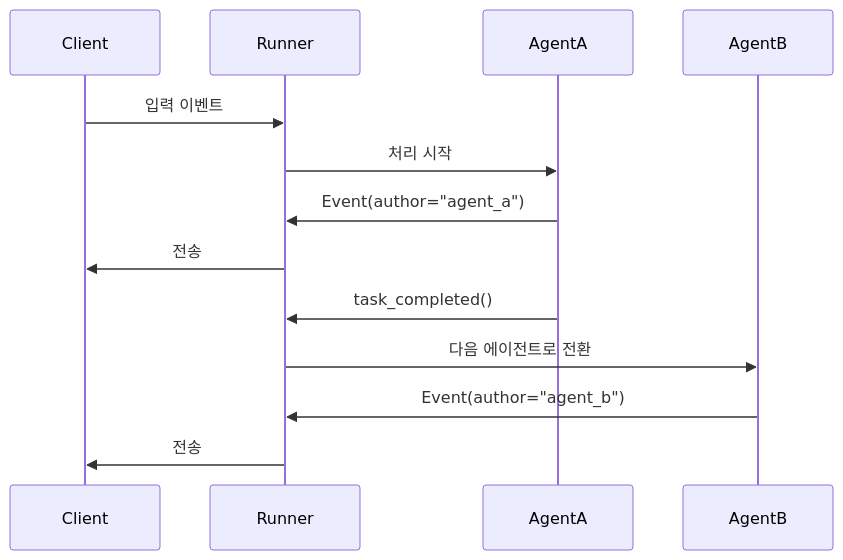
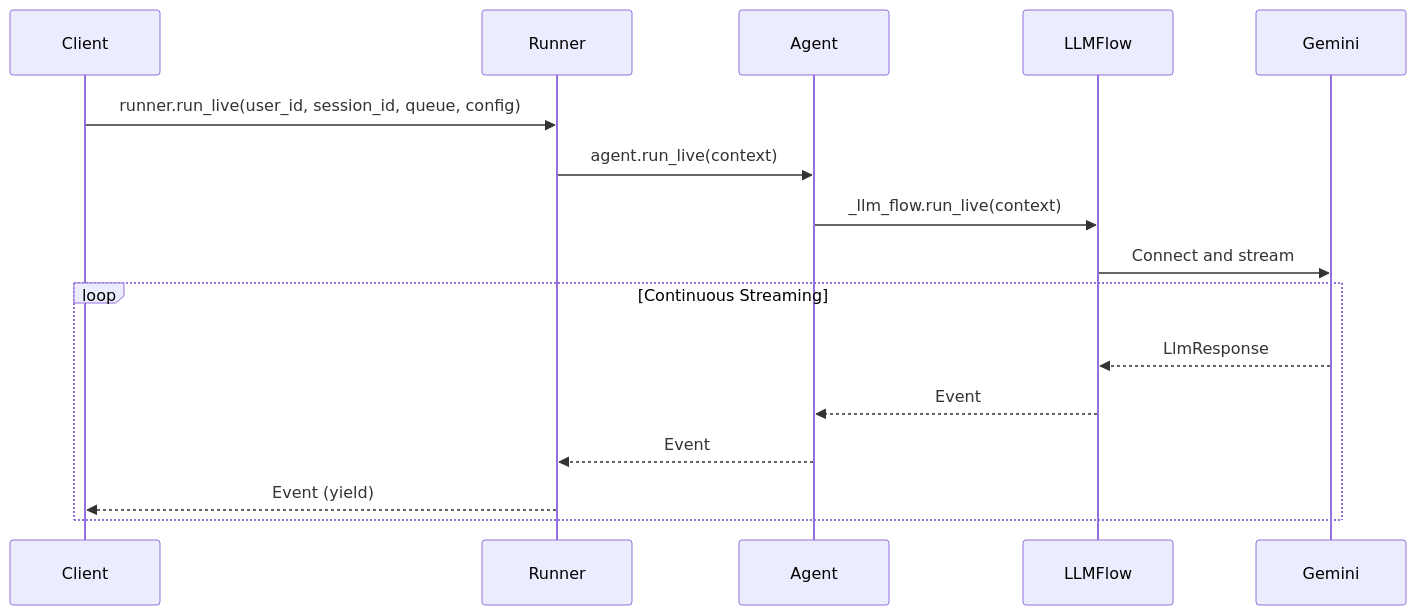
One commit to adk-labs/adk-docs changed the diagram in docs/ko/live/dev-guide/part3.md. Above: the diagram before and after it, drawn with Mermaid. The commit also changed other lines of this file and 55 other files, not shown here.

````diff
--- a/docs/ko/live/dev-guide/part3.md
+++ b/docs/ko/live/dev-guide/part3.md
@@ -379,16 +34,20 @@
 ```mermaid
 sequenceDiagram
-    participant Client
-    participant Runner
-    participant AgentA
-    participant AgentB
+participant Client
+participant Runner
+participant Agent
+participant LLMFlow
+participant Gemini
 
-    Client->>Runner: 입력 이벤트
-    Runner->>AgentA: 처리 시작
-    AgentA->>Runner: Event(author="agent_a")
-    Runner->>Client: 전송
-    AgentA->>Runner: task_completed()
-    Runner->>AgentB: 다음 에이전트로 전환
-    AgentB->>Runner: Event(author="agent_b")
-    Runner->>Client: 전송
+Client->>Runner: runner.run_live(user_id, session_id, queue, config)
+Runner->>Agent: agent.run_live(context)
+Agent->>LLMFlow: _llm_flow.run_live(context)
+LLMFlow->>Gemini: Connect and stream
+
+loop Continuous Streaming
+    Gemini-->>LLMFlow: LlmResponse
+    LLMFlow-->>Agent: Event
+    Agent-->>Runner: Event
+    Runner-->>Client: Event (yield)
+end
 ```
````
